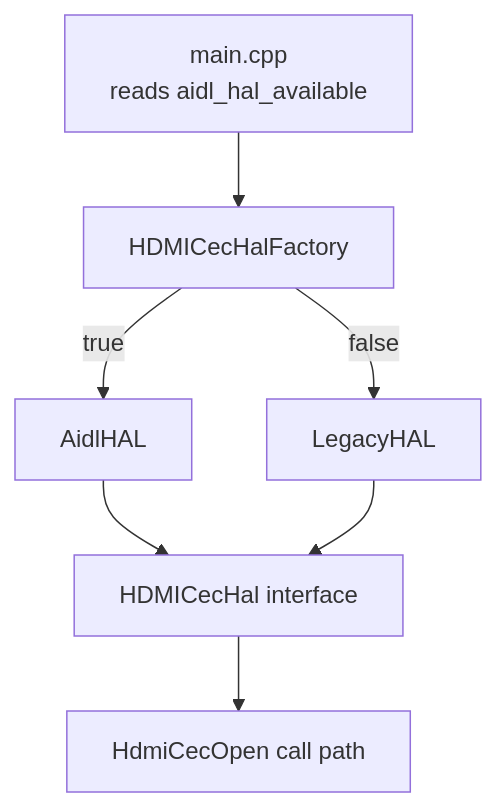
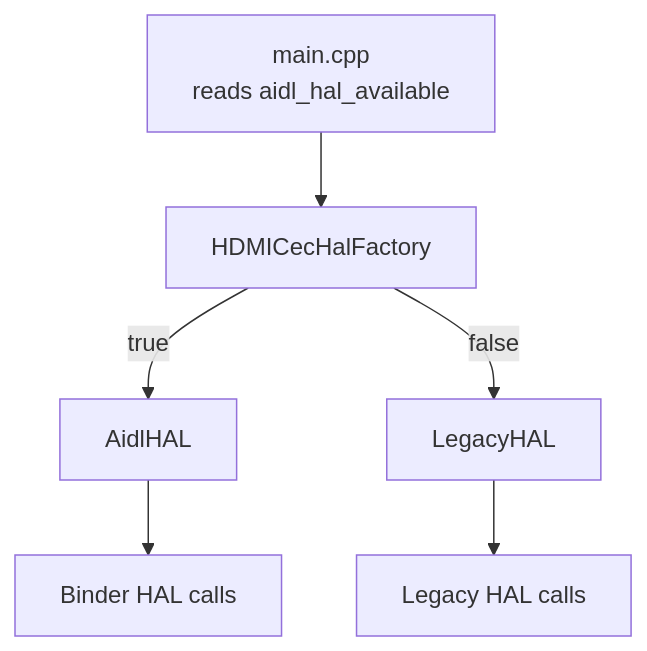
The diagram in factory/README.md (vinodtel/migration_strategy), drawn with Mermaid before and after one commit.

Commit message:
fixed diagram

````diff
--- a/factory/README.md
+++ b/factory/README.md
@@ -39,9 +39,8 @@
 ```mermaid
 flowchart TD
 	M[main.cpp\nreads aidl_hal_available] --> F[HDMICecHalFactory]
 	F -->|true| A[AidlHAL]
 	F -->|false| L[LegacyHAL]
-	A --> I[HDMICecHal interface]
-	L --> I
-	I --> O[HdmiCecOpen call path]
+	A --> I[Binder HAL calls]
+	L --> K[Legacy HAL calls]
 ```
````
